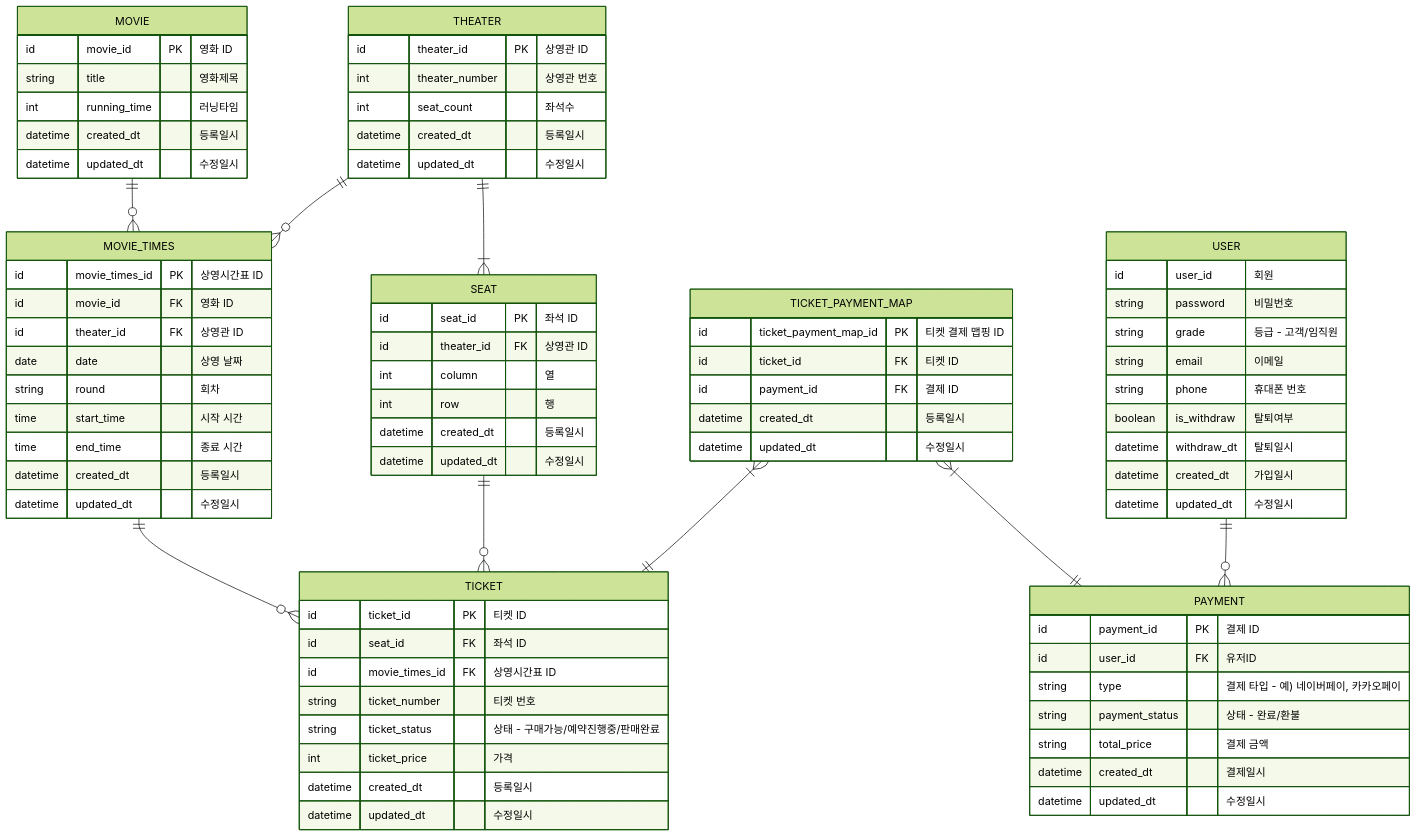
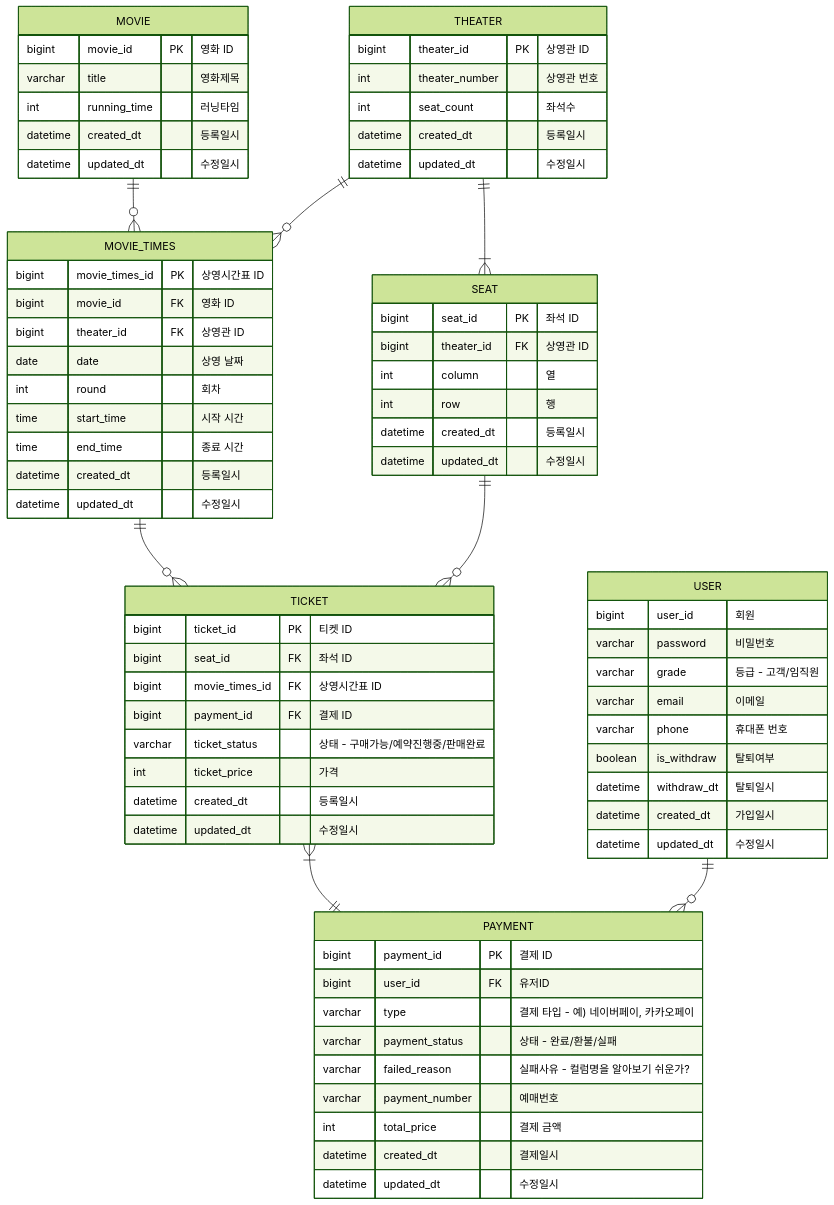
The diagram in README.md (kdhyo/mermaidTest), drawn with Mermaid (forest theme) before and after one commit.

Commit message:
docs : update README.md

````diff
--- a/README.md
+++ b/README.md
@@ -4,81 +4,75 @@
 ``` mermaid
 erDiagram
     MOVIE ||--o{ MOVIE_TIMES : ""
     MOVIE {
-        id movie_id PK "영화 ID"
-        string title "영화제목"
+        bigint movie_id PK "영화 ID"
+        varchar title "영화제목"
         int running_time "러닝타임"
         datetime created_dt "등록일시"
         datetime updated_dt "수정일시"
     }
     THEATER ||--o{ MOVIE_TIMES : ""
     THEATER ||--|{ SEAT : ""
     THEATER {
-        id theater_id PK "상영관 ID"
+        bigint theater_id PK "상영관 ID"
         int theater_number "상영관 번호"
         int seat_count "좌석수"
         datetime created_dt "등록일시"
         datetime updated_dt "수정일시"
     }
     SEAT ||--o{ TICKET : ""
     SEAT {
-        id seat_id PK "좌석 ID"
-        id theater_id FK "상영관 ID"
+        bigint seat_id PK "좌석 ID"
+        bigint theater_id FK "상영관 ID"
         int column "열"
         int row "행"
         datetime created_dt "등록일시"
         datetime updated_dt "수정일시"
     }
     MOVIE_TIMES ||--o{ TICKET : ""
     MOVIE_TIMES {
-        id movie_times_id PK "상영시간표 ID"
-        id movie_id FK "영화 ID"
-        id theater_id FK "상영관 ID"
+        bigint movie_times_id PK "상영시간표 ID"
+        bigint movie_id FK "영화 ID"
+        bigint theater_id FK "상영관 ID"
         date date "상영 날짜"
-        string round "회차"
+        int round "회차"
         time start_time "시작 시간"
         time end_time "종료 시간"
         datetime created_dt "등록일시"
         datetime updated_dt "수정일시"
     }
     TICKET {
-        id ticket_id PK "티켓 ID"
-        id seat_id FK "좌석 ID"
-        id movie_times_id FK "상영시간표 ID"
-        string ticket_number "티켓 번호"
-        string ticket_status "상태 - 구매가능/예약진행중/판매완료"
+        bigint ticket_id PK "티켓 ID"
+        bigint seat_id FK "좌석 ID"
+        bigint movie_times_id FK "상영시간표 ID"
+        bigint payment_id FK "결제 ID"
+        varchar ticket_status "상태 - 구매가능/예약진행중/판매완료"
         int ticket_price "가격"
         datetime created_dt "등록일시"
         datetime updated_dt "수정일시"
     }
-    TICKET_PAYMENT_MAP }|--|| TICKET : ""
-    TICKET_PAYMENT_MAP }|--|| PAYMENT : ""
-    TICKET_PAYMENT_MAP {
-        id ticket_payment_map_id PK "티켓 결제 맵핑 ID"
-        id ticket_id FK "티켓 ID"
-        id payment_id FK "결제 ID"
-        datetime created_dt "등록일시"
-        datetime updated_dt "수정일시"
-    }
+    TICKET }|--|| PAYMENT : ""
     PAYMENT {
-        id payment_id PK "결제 ID"
-        id user_id FK "유저ID"
-        string type "결제 타입 - 예) 네이버페이, 카카오페이"
-        string payment_status "상태 - 완료/환불"
-        string total_price "결제 금액"
+        bigint payment_id PK "결제 ID"
+        bigint user_id FK "유저ID"
+        varchar type "결제 타입 - 예) 네이버페이, 카카오페이"
+        varchar payment_status "상태 - 완료/환불/실패"
+        varchar failed_reason "실패사유 - 컬럼명을 알아보기 쉬운가?"
+        varchar payment_number "예매번호"
+        int total_price "결제 금액"
         datetime created_dt "결제일시"
         datetime updated_dt "수정일시"
     }
     USER ||--o{ PAYMENT : ""
     USER {
-        id user_id "회원"
-        string password "비밀번호"
-        string grade "등급 - 고객/임직원"
-        string email "이메일"
-        string phone "휴대폰 번호"
+        bigint user_id "회원"
+        varchar password "비밀번호"
+        varchar grade "등급 - 고객/임직원"
+        varchar email "이메일"
+        varchar phone "휴대폰 번호"
         boolean is_withdraw "탈퇴여부"
         datetime withdraw_dt "탈퇴일시"
         datetime created_dt "가입일시"
         datetime updated_dt "수정일시"
     }
 ```
````
